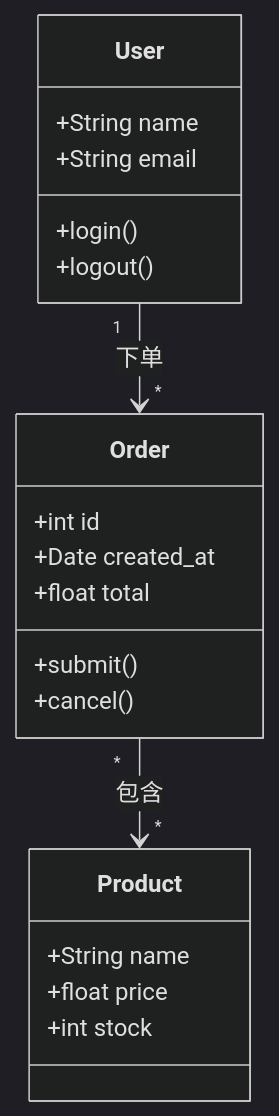
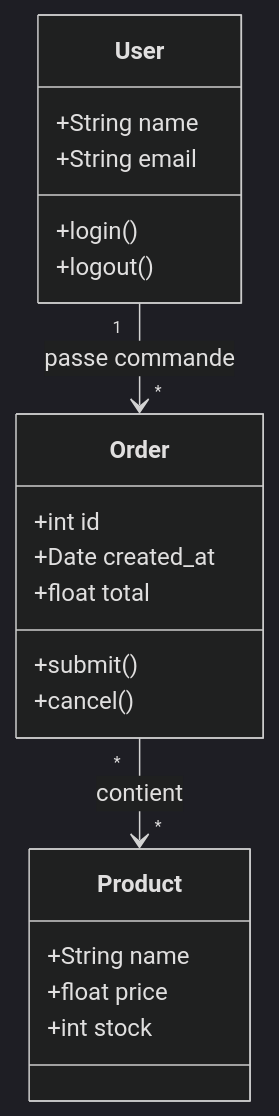
Before and after one commit to bigleon2/KNOWLEDGE: the sixth of 15 diagrams in skills/PM skills/charts/references/mermaid.md, drawn with Mermaid (dark theme). The commit also changed other lines of this file and 35 other files, not shown here.

````diff
--- a/skills/PM skills/charts/references/mermaid.md
+++ b/skills/PM skills/charts/references/mermaid.md
@@ -398,24 +398,24 @@
 ```mermaid
 classDiagram
     class User {
         +String name
         +String email
         +login()
         +logout()
     }
     class Order {
         +int id
         +Date created_at
         +float total
         +submit()
         +cancel()
     }
     class Product {
         +String name
         +float price
         +int stock
     }
 
-    User "1" --> "*" Order : 下单
-    Order "*" --> "*" Product : 包含
+    User "1" --> "*" Order : passe commande
+    Order "*" --> "*" Product : contient
 ```
````
